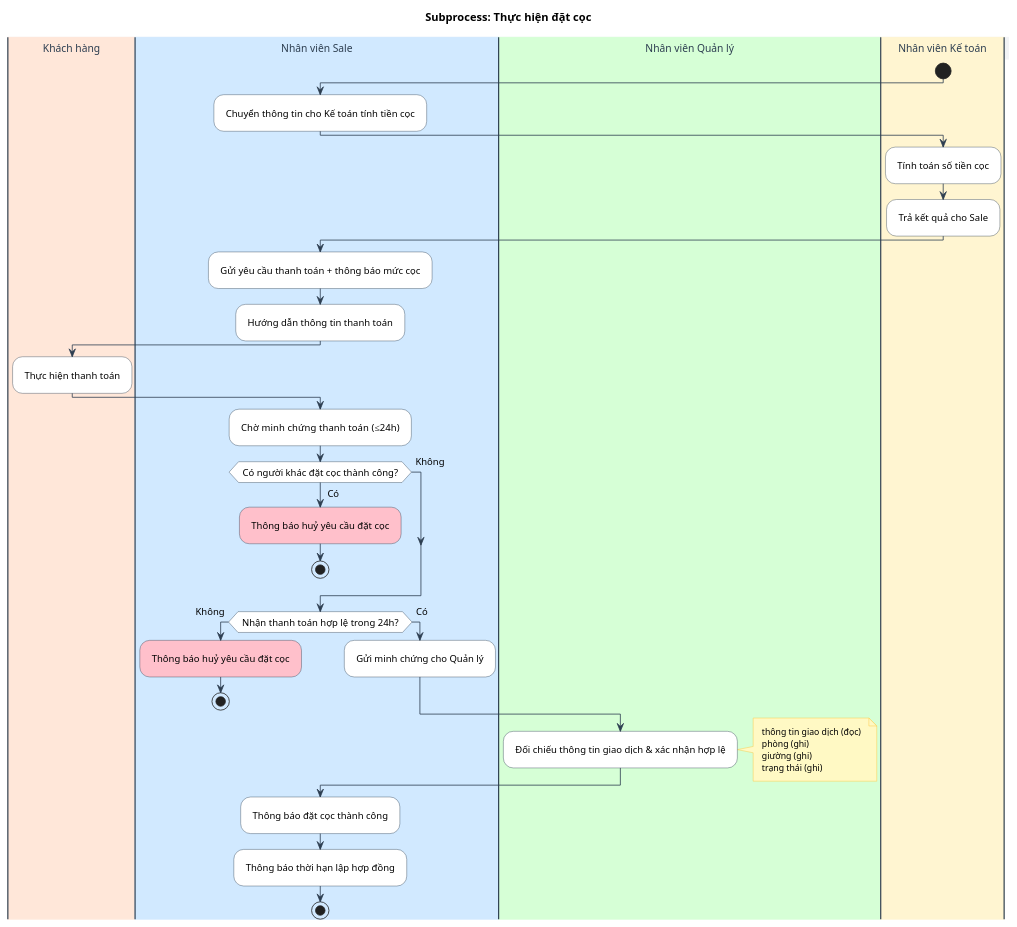
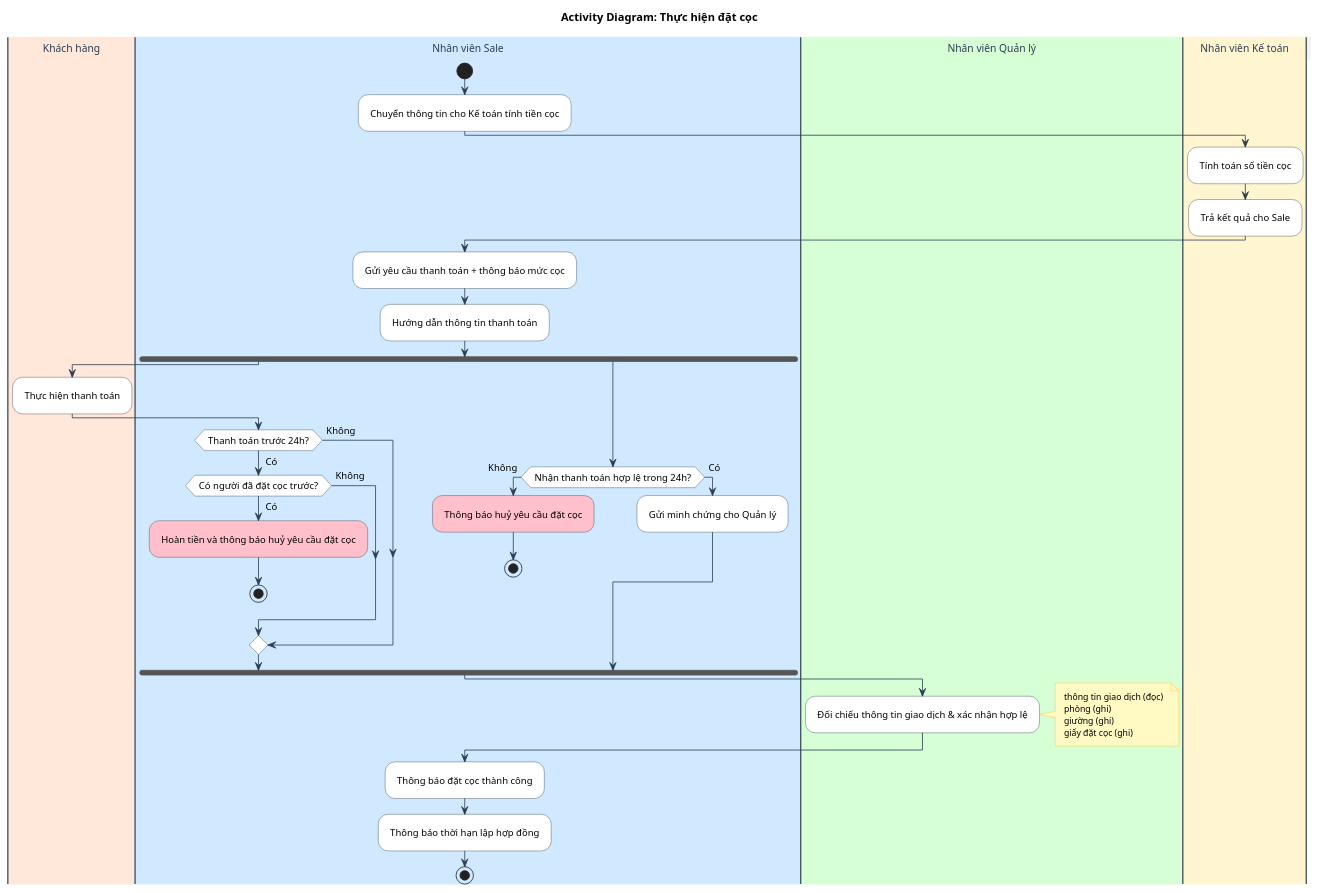
One commit to Gnourt812005/HCMUS-Analyze-and-desgin-IS changed the diagram in doc/business/activity/thuc_hien_dat_coc.wsd. Above: the diagram before and after it, drawn with PlantUML. The commit also changed 2 other files, not shown here.

Commit message:
activity/bao: Sửa lại quy trình cho phù hợp với thực thể nghiệp vụ và quy trình

```diff
--- a/doc/business/activity/thuc_hien_dat_coc.wsd
+++ b/doc/business/activity/thuc_hien_dat_coc.wsd
@@ -1,86 +1,84 @@
 @startuml ThucHienDatCoc
-title Subprocess: Thực hiện đặt cọc
+title Activity Diagram: Thực hiện đặt cọc
 
 ' --- STYLE CONFIGURATION ---
 skinparam {
     ActivityBackgroundColor White
     ActivityBorderColor #2D3E50
     ArrowColor #2D3E50
     DefaultFontName "Arial"
     DefaultFontSize 12
     Padding 5
 
     ' Swimlane styling
     SwimlaneBorderColor #2D3E50
     SwimlaneTitleBackgroundColor #F1F3F5
     SwimlaneTitleFontSize 13
     SwimlaneTitleFontColor #2D3E50
     
     ' Note styling
     NoteBackgroundColor #FFF9C4
     NoteBorderColor #FBC02D
     NoteFontSize 11
 }
 
 ' --- SWIMLANES ---
 |#FFE7D9|Khách hàng|
 |#D1E9FF|Nhân viên Sale|
 |#D6FFD6|Nhân viên Quản lý|
 |#FFF5D1|Nhân viên Kế toán|
 
-
+|Nhân viên Sale|
 start
 
-|Nhân viên Sale|
 :Chuyển thông tin cho Kế toán tính tiền cọc;
 
 |Nhân viên Kế toán|
 :Tính toán số tiền cọc;
 :Trả kết quả cho Sale;
 
 |Nhân viên Sale|
 :Gửi yêu cầu thanh toán + thông báo mức cọc;
 :Hướng dẫn thông tin thanh toán;
 
+fork
 |Khách hàng|
 :Thực hiện thanh toán;
 
 |Nhân viên Sale|
-:Chờ minh chứng thanh toán (≤24h);
-
-if (Có người khác đặt cọc thành công?) then (Có)
-
-#Pink:Thông báo huỷ yêu cầu đặt cọc;
-stop
-
+if (Thanh toán trước 24h?) then (Có)
+    if (Có người đã đặt cọc trước?) then (Có)
+        #Pink:Hoàn tiền và thông báo huỷ yêu cầu đặt cọc;
+        stop
+    else (Không)
+    endif
 else (Không)
 endif
 
+fork again
+
 |Nhân viên Sale|
+if (Nhận thanh toán hợp lệ trong 24h?) then (Không)
+    #Pink:Thông báo huỷ yêu cầu đặt cọc;
+    stop
+else (Có)
+    :Gửi minh chứng cho Quản lý;
+endif
 
-if (Nhận thanh toán hợp lệ trong 24h?) then (Không)
-
-#Pink:Thông báo huỷ yêu cầu đặt cọc;
-stop
-
-else (Có)
-
-:Gửi minh chứng cho Quản lý;
-
-endif
+end fork
 
 |Nhân viên Quản lý|
 :Đối chiếu thông tin giao dịch & xác nhận hợp lệ;
 note right
     thông tin giao dịch (đọc)
     phòng (ghi)
     giường (ghi)
-    trạng thái (ghi)
+    giấy đặt cọc (ghi)
 end note
 
 |Nhân viên Sale|
 :Thông báo đặt cọc thành công;
 :Thông báo thời hạn lập hợp đồng;
 
 stop
 @enduml
```
